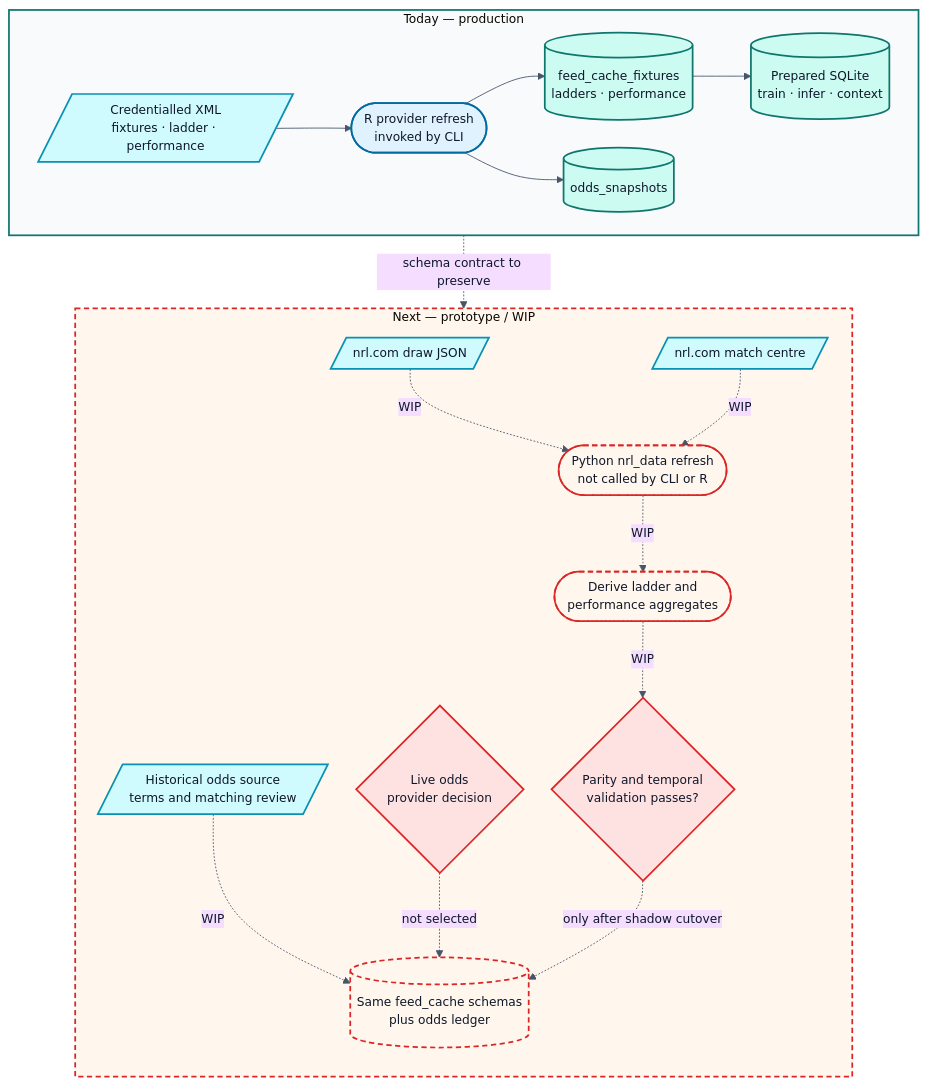
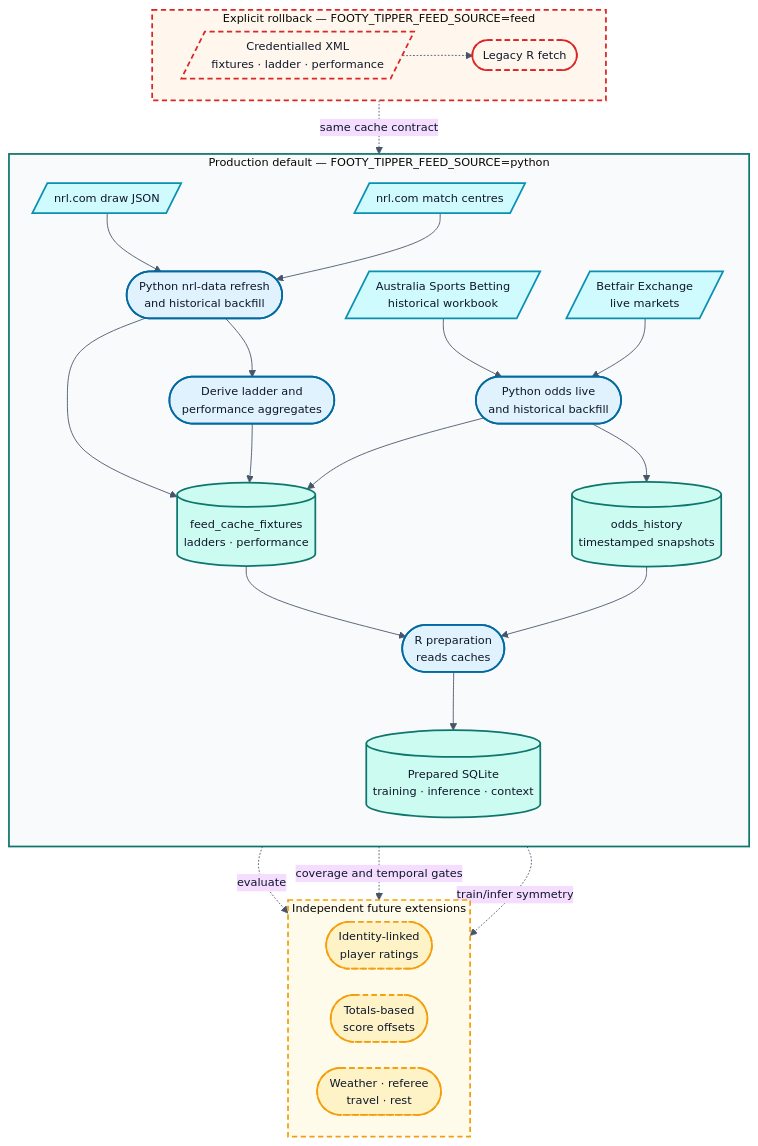
Before and after one commit to levonrush/footy-tipper: the diagram in docs/diagrams/feed-migration.mmd, drawn with Mermaid. The commit also changed 29 other files, not shown here.

Commit message:
Move production training to local hardware

```diff
--- a/docs/diagrams/feed-migration.mmd
+++ b/docs/diagrams/feed-migration.mmd
@@ -1,51 +1,65 @@
-%%{init: {"theme":"base","flowchart":{"curve":"basis","nodeSpacing":32,"rankSpacing":42},"themeVariables":{"fontFamily":"Inter, Arial, sans-serif","fontSize":"14px","primaryTextColor":"#0F172A","lineColor":"#475569","background":"transparent"}}}%%
+%%{init: {"theme":"base","flowchart":{"curve":"basis","nodeSpacing":30,"rankSpacing":42},"themeVariables":{"fontFamily":"Inter, Arial, sans-serif","fontSize":"13px","primaryTextColor":"#0F172A","lineColor":"#475569","background":"transparent"}}}%%
 flowchart TB
-  subgraph NOW[Today — production]
+  subgraph PROD[Production default — FOOTY_TIPPER_FEED_SOURCE=python]
+    direction TB
+    DRAW[/nrl.com draw JSON/]
+    MATCH[/nrl.com match centres/]
+    HIST[/Australia Sports Betting<br/>historical workbook/]
+    LIVE[/Betfair Exchange<br/>live markets/]
+    PY([Python nrl-data refresh<br/>and historical backfill])
+    DERIVE([Derive ladder and<br/>performance aggregates])
+    ODDS([Python odds live<br/>and historical backfill])
+    CACHE[(feed_cache_fixtures<br/>ladders · performance)]
+    HISTORY[(odds_history<br/>timestamped snapshots)]
+    RPREP([R preparation<br/>reads caches])
+    TABLES[(Prepared SQLite<br/>training · inference · context)]
+
+    DRAW --> PY
+    MATCH --> PY
+    PY --> DERIVE
+    PY --> CACHE
+    DERIVE --> CACHE
+    HIST --> ODDS
+    LIVE --> ODDS
+    ODDS --> HISTORY
+    ODDS --> CACHE
+    CACHE --> RPREP
+    HISTORY --> RPREP
+    RPREP --> TABLES
+  end
+
+  subgraph ROLLBACK[Explicit rollback — FOOTY_TIPPER_FEED_SOURCE=feed]
     direction LR
     XML[/Credentialled XML<br/>fixtures · ladder · performance/]
-    RPREP([R provider refresh<br/>invoked by CLI])
-    CACHE[(feed_cache_fixtures<br/>ladders · performance)]
-    ODDS[(odds_snapshots)]
-    TABLES[(Prepared SQLite<br/>train · infer · context)]
-    XML --> RPREP
-    RPREP --> CACHE
-    RPREP --> ODDS
-    CACHE --> TABLES
+    RXML([Legacy R fetch])
+    XML -.-> RXML
   end
 
-  subgraph NEXT[Next — prototype / WIP]
-    direction TB
-    DRAW[/nrl.com draw JSON/]
-    MATCH[/nrl.com match centre/]
-    HIST[/Historical odds source<br/>terms and matching review/]
-    LIVE{Live odds<br/>provider decision}
-    PY([Python nrl_data refresh<br/>not called by CLI or R])
-    DERIVE([Derive ladder and<br/>performance aggregates])
-    VALIDATE{Parity and temporal<br/>validation passes?}
-    TARGET[(Same feed_cache schemas<br/>plus odds ledger)]
+  RXML -.->|same cache contract| CACHE
 
-    DRAW -.->|WIP| PY
-    MATCH -.->|WIP| PY
-    PY -.->|WIP| DERIVE
-    HIST -.->|WIP| TARGET
-    LIVE -.->|not selected| TARGET
-    DERIVE -.->|WIP| VALIDATE
-    VALIDATE -.->|only after shadow cutover| TARGET
+  subgraph FUTURE[Independent future extensions]
+    direction LR
+    PLAYER([Identity-linked<br/>player ratings])
+    TOTALS([Totals-based<br/>score offsets])
+    CONTEXT([Weather · referee<br/>travel · rest])
   end
 
-  CACHE -.->|schema contract to preserve| TARGET
+  MATCH -.->|evaluate| PLAYER
+  HISTORY -.->|coverage and temporal gates| TOTALS
+  TABLES -.->|train/infer symmetry| CONTEXT
 
   classDef source fill:#CFFAFE,stroke:#0891B2,color:#0F172A,stroke-width:2px;
   classDef process fill:#E0F2FE,stroke:#0369A1,color:#0F172A,stroke-width:2px;
   classDef data fill:#CCFBF1,stroke:#0F766E,color:#0F172A,stroke-width:2px;
-  classDef decision fill:#FEE2E2,stroke:#DC2626,color:#0F172A,stroke-width:2px;
-  classDef wip fill:#FFF7ED,stroke:#DC2626,color:#0F172A,stroke-width:2px,stroke-dasharray:6 4;
+  classDef rollback fill:#FFF7ED,stroke:#DC2626,color:#0F172A,stroke-width:2px,stroke-dasharray:6 4;
+  classDef future fill:#FEF3C7,stroke:#F59E0B,color:#0F172A,stroke-width:2px,stroke-dasharray:6 4;
 
-  class XML,DRAW,MATCH,HIST source;
-  class RPREP process;
-  class CACHE,ODDS,TABLES data;
-  class LIVE,VALIDATE decision;
-  class PY,DERIVE,TARGET wip;
+  class DRAW,MATCH,HIST,LIVE source;
+  class PY,DERIVE,ODDS,RPREP process;
+  class CACHE,HISTORY,TABLES data;
+  class XML,RXML rollback;
+  class PLAYER,TOTALS,CONTEXT future;
 
-  style NOW fill:#F8FAFC,stroke:#0F766E,stroke-width:2px
-  style NEXT fill:#FFF7ED,stroke:#DC2626,stroke-width:2px,stroke-dasharray:6 4
+  style PROD fill:#F8FAFC,stroke:#0F766E,stroke-width:2px
+  style ROLLBACK fill:#FFF7ED,stroke:#DC2626,stroke-width:2px,stroke-dasharray:6 4
+  style FUTURE fill:#FFFBEB,stroke:#F59E0B,stroke-width:2px,stroke-dasharray:6 4
```
